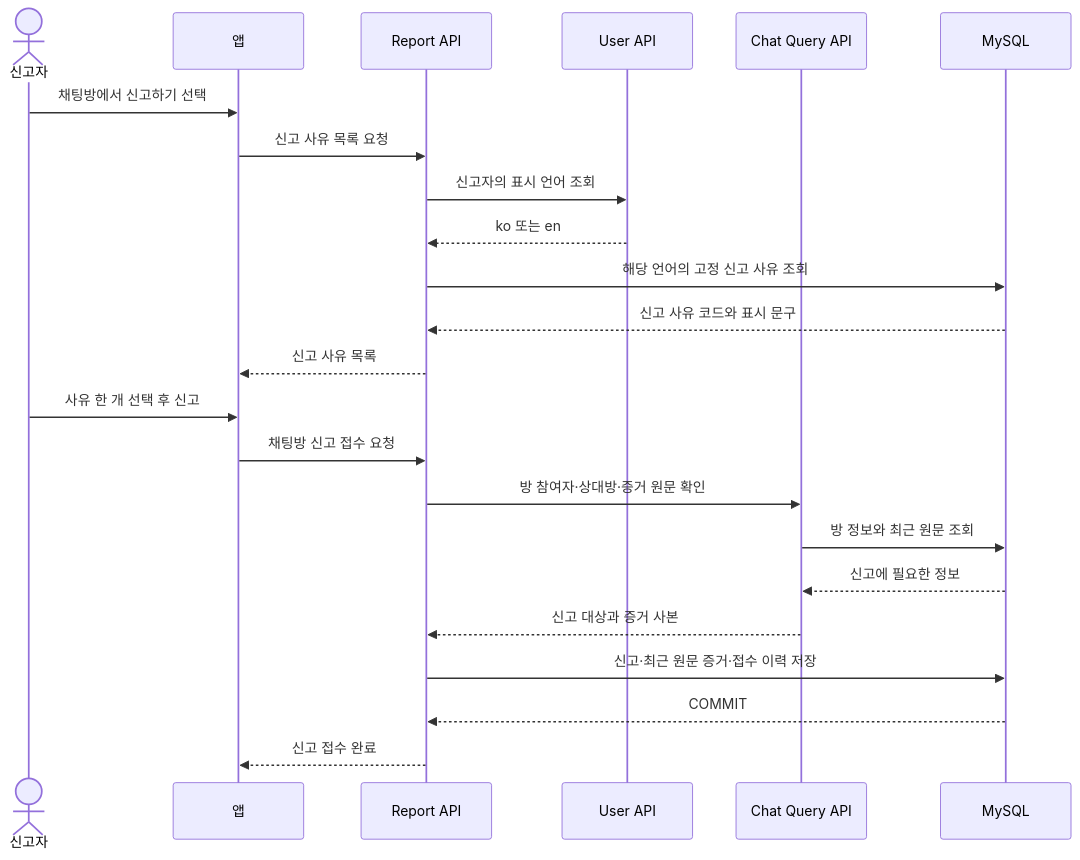
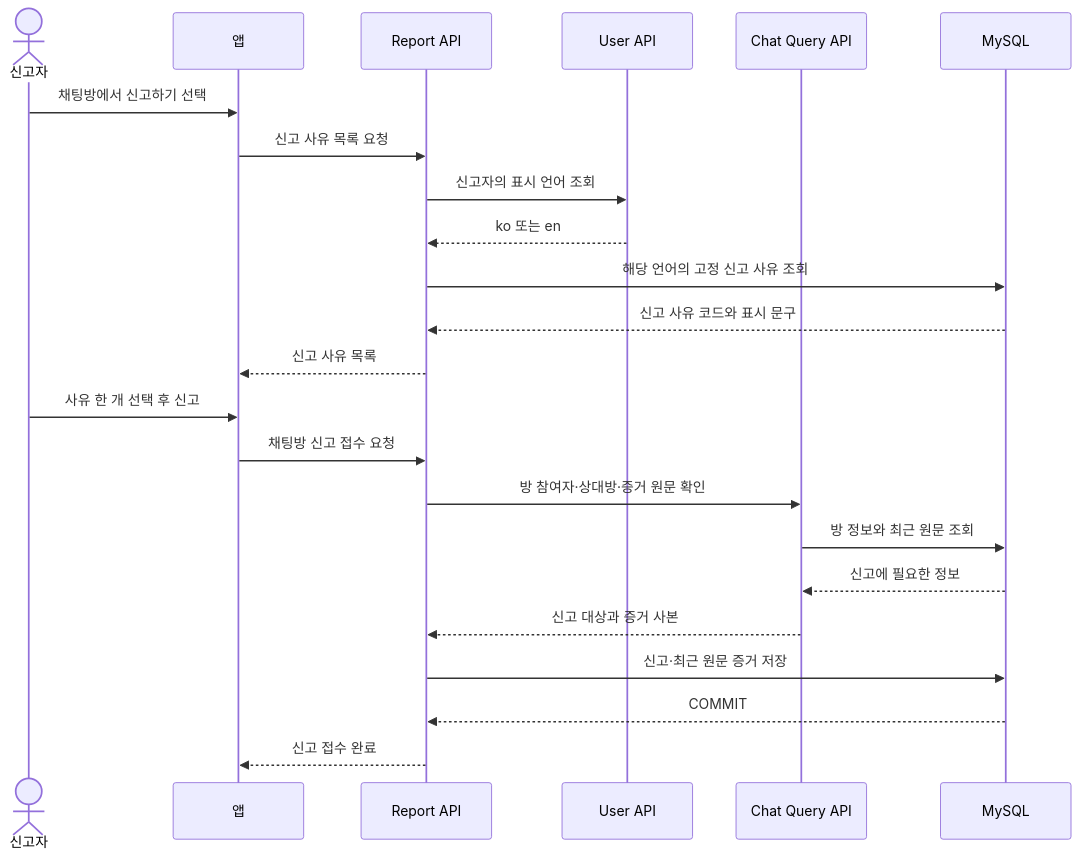
One commit to swyp-app-5th-team1/Kohere-backend changed diagram 17 of 17 in docs/architecture/chat/05-sequence-diagrams.md. Above: the diagram before and after it, drawn with Mermaid. The commit also changed other lines of this file and 12 other files, not shown here.

Commit message:
docs: clarify chat flows and split future scope

````diff
--- a/docs/architecture/chat/05-sequence-diagrams.md
+++ b/docs/architecture/chat/05-sequence-diagrams.md
@@ -412,26 +408,26 @@
 ```mermaid
 sequenceDiagram
     actor U as 신고자
     participant APP as 앱
     participant REPORT as Report API
     participant USER as User API
     participant CHAT as Chat Query API
     participant DB as MySQL
 
     U->>APP: 채팅방에서 신고하기 선택
     APP->>REPORT: 신고 사유 목록 요청
     REPORT->>USER: 신고자의 표시 언어 조회
     USER-->>REPORT: ko 또는 en
     REPORT->>DB: 해당 언어의 고정 신고 사유 조회
     DB-->>REPORT: 신고 사유 코드와 표시 문구
     REPORT-->>APP: 신고 사유 목록
     U->>APP: 사유 한 개 선택 후 신고
     APP->>REPORT: 채팅방 신고 접수 요청
     REPORT->>CHAT: 방 참여자·상대방·증거 원문 확인
     CHAT->>DB: 방 정보와 최근 원문 조회
     DB-->>CHAT: 신고에 필요한 정보
     CHAT-->>REPORT: 신고 대상과 증거 사본
-    REPORT->>DB: 신고·최근 원문 증거·접수 이력 저장
+    REPORT->>DB: 신고·최근 원문 증거 저장
     DB-->>REPORT: COMMIT
     REPORT-->>APP: 신고 접수 완료
 ```
````
